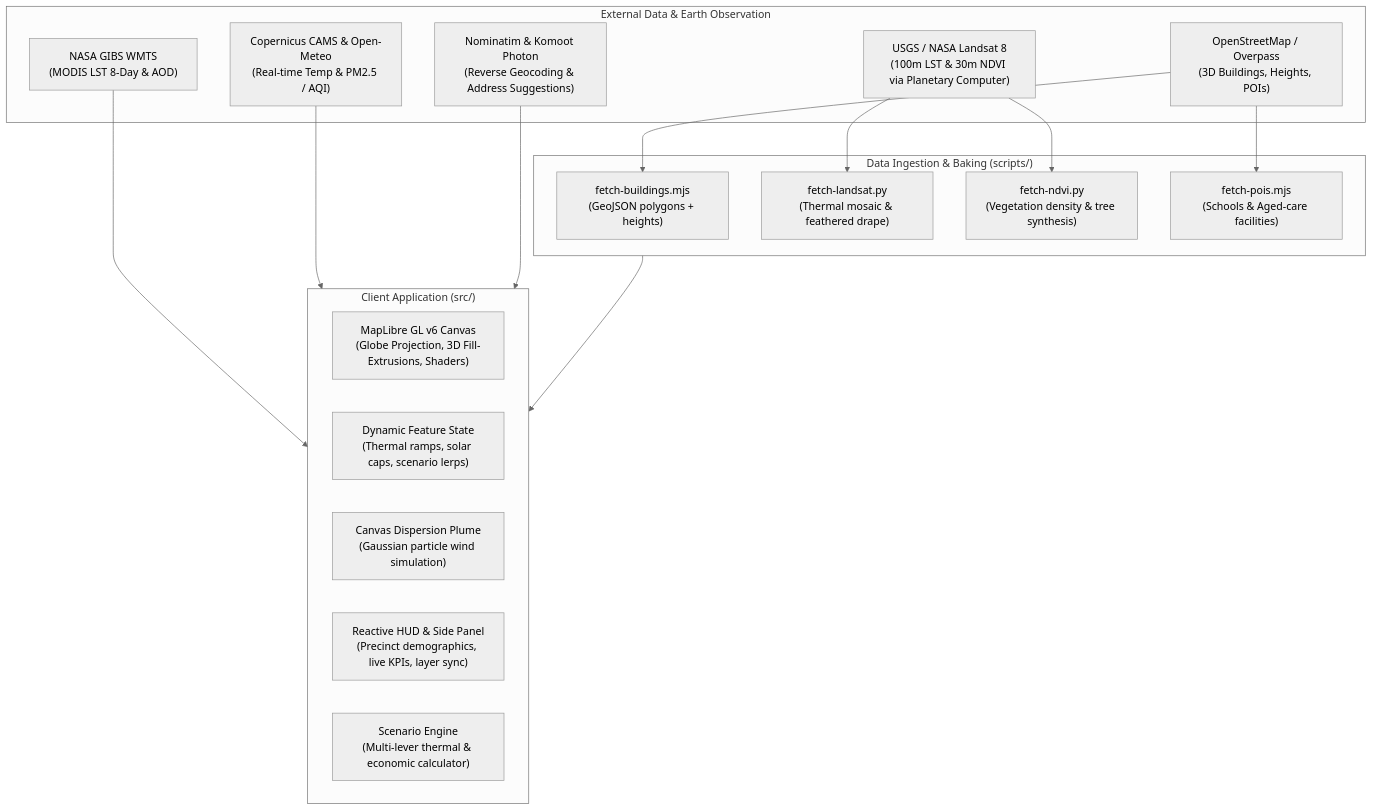
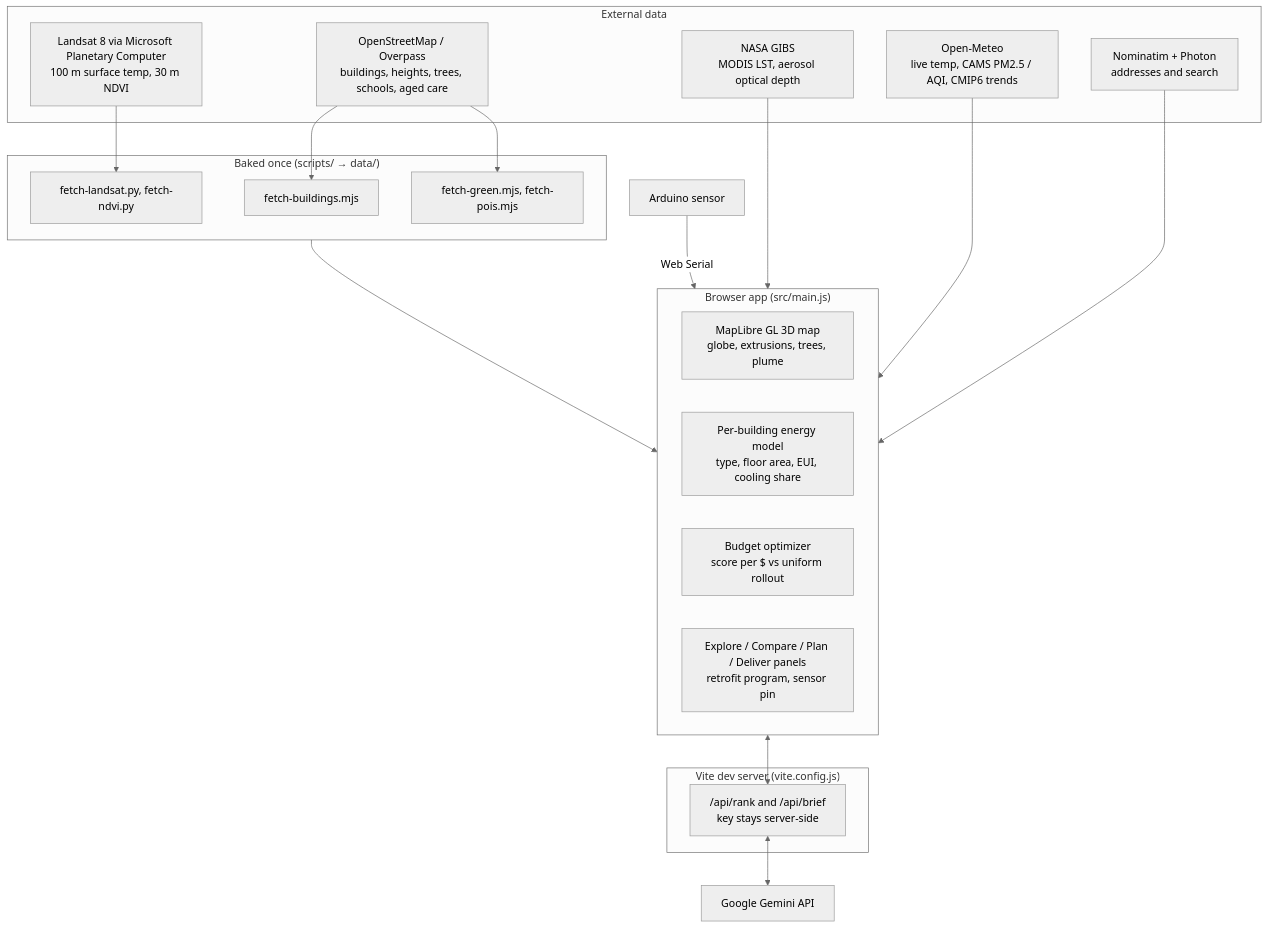
One commit to AranyaMaji/TerraGrid-3D changed the diagram in README.md. Above: the diagram before and after it, drawn with Mermaid (neutral theme). The commit also changed other lines of this file and 1 other file, not shown here.

Commit message:
docs: README matches current app, adds third-party and AI disclosure

````diff
--- a/README.md
+++ b/README.md
@@ -75,31 +64,35 @@
 ```mermaid
 flowchart TD
-    subgraph DataSources["External Data & Earth Observation"]
-        USGS["USGS / NASA Landsat 8\n(100m LST & 30m NDVI via Planetary Computer)"]
-        NASA["NASA GIBS WMTS\n(MODIS LST 8-Day & AOD)"]
-        CAMS["Copernicus CAMS & Open-Meteo\n(Real-time Temp & PM2.5 / AQI)"]
-        OSM["OpenStreetMap / Overpass\n(3D Buildings, Heights, POIs)"]
-        NOM["Nominatim & Komoot Photon\n(Reverse Geocoding & Address Suggestions)"]
+    subgraph Sources["External data"]
+        LS["Landsat 8 via Microsoft Planetary Computer<br/>100 m surface temp, 30 m NDVI"]
+        OSM["OpenStreetMap / Overpass<br/>buildings, heights, trees, schools, aged care"]
+        GIBS["NASA GIBS<br/>MODIS LST, aerosol optical depth"]
+        OM["Open-Meteo<br/>live temp, CAMS PM2.5 / AQI, CMIP6 trends"]
+        GEO["Nominatim + Photon<br/>addresses and search"]
     end
 
-    subgraph Preprocessing["Data Ingestion & Baking (scripts/)"]
-        BLD["fetch-buildings.mjs\n(GeoJSON polygons + heights)"]
-        LST["fetch-landsat.py\n(Thermal mosaic & feathered drape)"]
-        NDVI["fetch-ndvi.py\n(Vegetation density & tree synthesis)"]
-        POI["fetch-pois.mjs\n(Schools & Aged-care facilities)"]
+    subgraph Bake["Baked once (scripts/ → data/)"]
+        S1["fetch-buildings.mjs"]
+        S2["fetch-landsat.py, fetch-ndvi.py"]
+        S3["fetch-green.mjs, fetch-pois.mjs"]
     end
 
-    subgraph ClientEngine["Client Application (src/)"]
-        MAP["MapLibre GL v6 Canvas\n(Globe Projection, 3D Fill-Extrusions, Shaders)"]
-        STATE["Dynamic Feature State\n(Thermal ramps, solar caps, scenario lerps)"]
-        PLUME["Canvas Dispersion Plume\n(Gaussian particle wind simulation)"]
-        HUD["Reactive HUD & Side Panel\n(Precinct demographics, live KPIs, layer sync)"]
-        SIM["Scenario Engine\n(Multi-lever thermal & economic calculator)"]
+    subgraph App["Browser app (src/main.js)"]
+        MAP["MapLibre GL 3D map<br/>globe, extrusions, trees, plume"]
+        EN["Per-building energy model<br/>type, floor area, EUI, cooling share"]
+        OPT["Budget optimizer<br/>score per $ vs uniform rollout"]
+        UI["Explore / Compare / Plan / Deliver panels<br/>retrofit program, sensor pin"]
     end
 
-    USGS --> LST & NDVI
-    OSM --> BLD & POI
-    NASA & CAMS --> ClientEngine
-    NOM --> ClientEngine
-    Preprocessing --> ClientEngine
+    subgraph Dev["Vite dev server (vite.config.js)"]
+        API["/api/rank and /api/brief<br/>key stays server-side"]
+    end
+
+    LS --> S2
+    OSM --> S1 & S3
+    Bake --> App
+    GIBS & OM & GEO --> App
+    App <--> API
+    API <--> GEM["Google Gemini API"]
+    ARD["Arduino sensor"] -- Web Serial --> App
 ```
````
